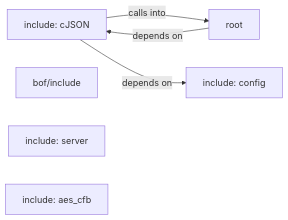
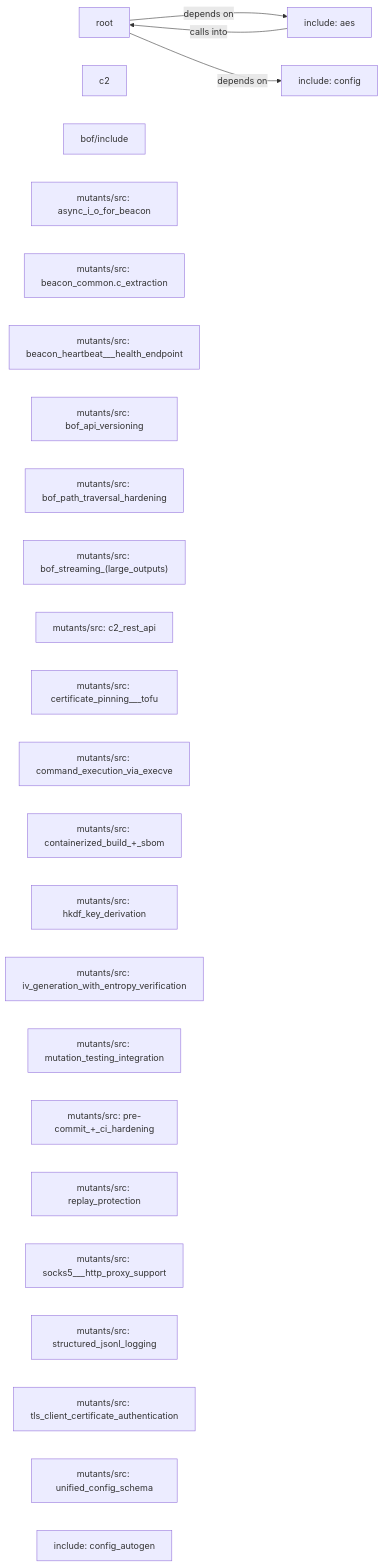
The diagram in readmenator-diagrams/overview.md (grisuno/blacksandbeacon), drawn with Mermaid before and after one commit. The commit also changed other lines of this file and 380 other files, not shown here.

````diff
--- a/readmenator-diagrams/overview.md
+++ b/readmenator-diagrams/overview.md
@@ -1,14 +1,35 @@
 ```mermaid
 graph LR
-    include_cJSON["include: cJSON"]
     root["root"]
+    c2["c2"]
     bof_include["bof/include"]
-    include_server["include: server"]
+    include_aes["include: aes"]
     include_config["include: config"]
-    include_aes_cfb["include: aes_cfb"]
-    include_cJSON -- "calls into" --> root
-    include_cJSON -- "depends on" --> include_config
-    root -- "depends on" --> include_cJSON
-    click include_cJSON href "./include_cJSON.md" "Details"
+    mutants_src_async_i_o_for_beacon["mutants/src: async_i_o_for_beacon"]
+    mutants_src_beacon_common_c_extraction["mutants/src: beacon_common.c_extraction"]
+    mutants_src_beacon_heartbeat___health_endpoint["mutants/src: beacon_heartbeat___health_endpoint"]
+    mutants_src_bof_api_versioning["mutants/src: bof_api_versioning"]
+    mutants_src_bof_path_traversal_hardening["mutants/src: bof_path_traversal_hardening"]
+    mutants_src_bof_streaming__large_outputs_["mutants/src: bof_streaming_(large_outputs)"]
+    mutants_src_c2_rest_api["mutants/src: c2_rest_api"]
+    mutants_src_certificate_pinning___tofu["mutants/src: certificate_pinning___tofu"]
+    mutants_src_command_execution_via_execve["mutants/src: command_execution_via_execve"]
+    mutants_src_containerized_build___sbom["mutants/src: containerized_build_+_sbom"]
+    mutants_src_hkdf_key_derivation["mutants/src: hkdf_key_derivation"]
+    mutants_src_iv_generation_with_entropy_verification["mutants/src: iv_generation_with_entropy_verification"]
+    mutants_src_mutation_testing_integration["mutants/src: mutation_testing_integration"]
+    mutants_src_pre_commit___ci_hardening["mutants/src: pre-commit_+_ci_hardening"]
+    mutants_src_replay_protection["mutants/src: replay_protection"]
+    mutants_src_socks5___http_proxy_support["mutants/src: socks5___http_proxy_support"]
+    mutants_src_structured_jsonl_logging["mutants/src: structured_jsonl_logging"]
+    mutants_src_tls_client_certificate_authentication["mutants/src: tls_client_certificate_authentication"]
+    mutants_src_unified_config_schema["mutants/src: unified_config_schema"]
+    include_config_autogen["include: config_autogen"]
+    root -- "depends on" --> include_aes
+    root -- "depends on" --> include_config
+    include_aes -- "calls into" --> root
     click root href "./root.md" "Details"
+    click c2 href "./c2.md" "Details"
+    click include_aes href "./include_aes.md" "Details"
+    click include_config href "./include_config.md" "Details"
 ```
````
